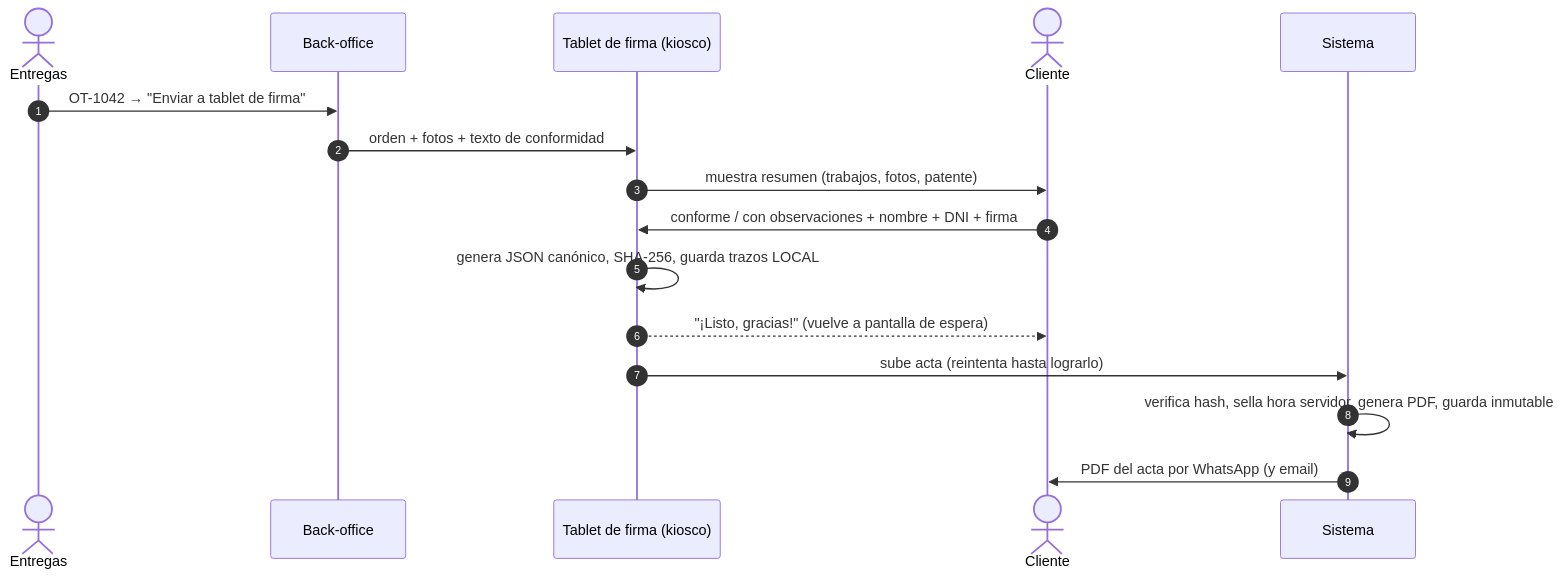
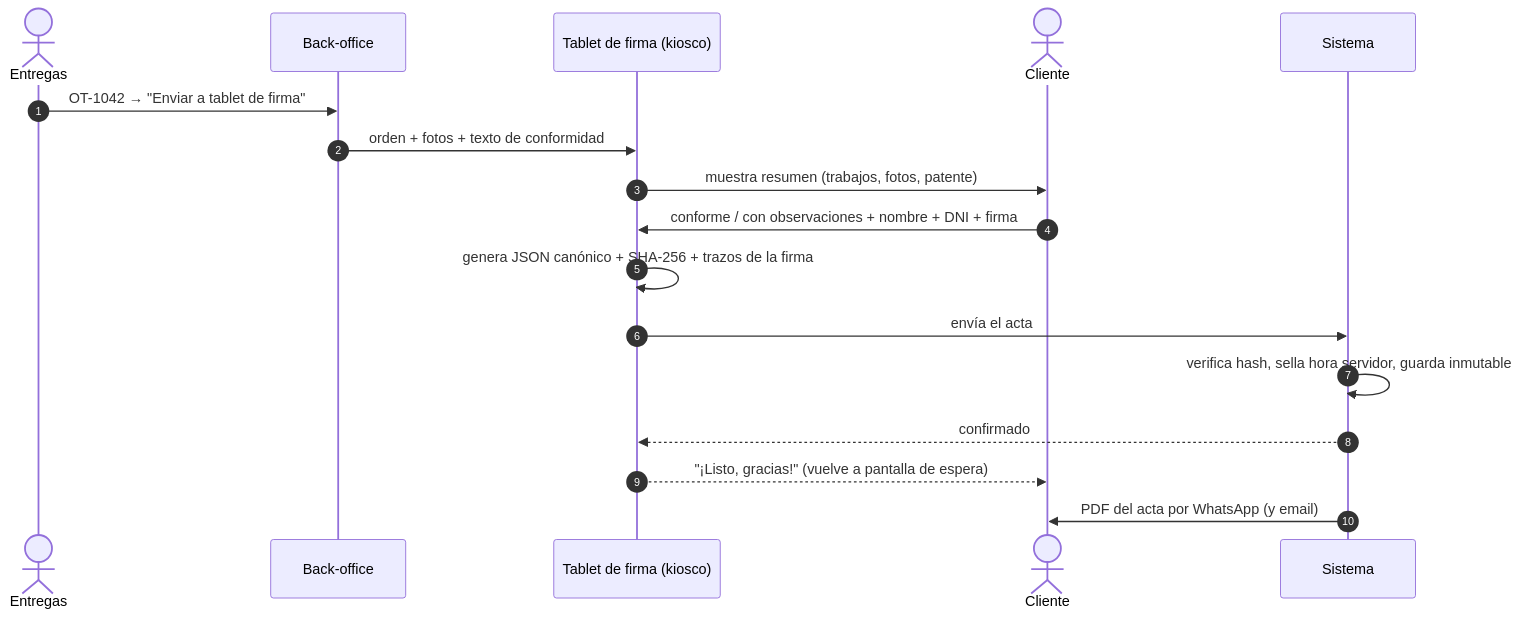
The fourth of 5 diagrams in sistema-concesionaria/README.md (tomasruffo/Curso), drawn with Mermaid before and after one commit. The commit also changed other lines of this file and 3 other files, not shown here.

````diff
--- a/sistema-concesionaria/README.md
+++ b/sistema-concesionaria/README.md
@@ -151,18 +152,19 @@
 ```mermaid
 sequenceDiagram
     autonumber
     actor E as Entregas
     participant BO as Back-office
     participant TF as Tablet de firma (kiosco)
     actor C as Cliente
     participant API as Sistema
     E->>BO: OT-1042 → "Enviar a tablet de firma"
     BO->>TF: orden + fotos + texto de conformidad
     TF->>C: muestra resumen (trabajos, fotos, patente)
     C->>TF: conforme / con observaciones + nombre + DNI + firma
-    TF->>TF: genera JSON canónico, SHA-256, guarda trazos LOCAL
+    TF->>TF: genera JSON canónico + SHA-256 + trazos de la firma
+    TF->>API: envía el acta
+    API->>API: verifica hash, sella hora servidor, guarda inmutable
+    API-->>TF: confirmado
     TF-->>C: "¡Listo, gracias!" (vuelve a pantalla de espera)
-    TF->>API: sube acta (reintenta hasta lograrlo)
-    API->>API: verifica hash, sella hora servidor, genera PDF, guarda inmutable
     API->>C: PDF del acta por WhatsApp (y email)
 ```
````
